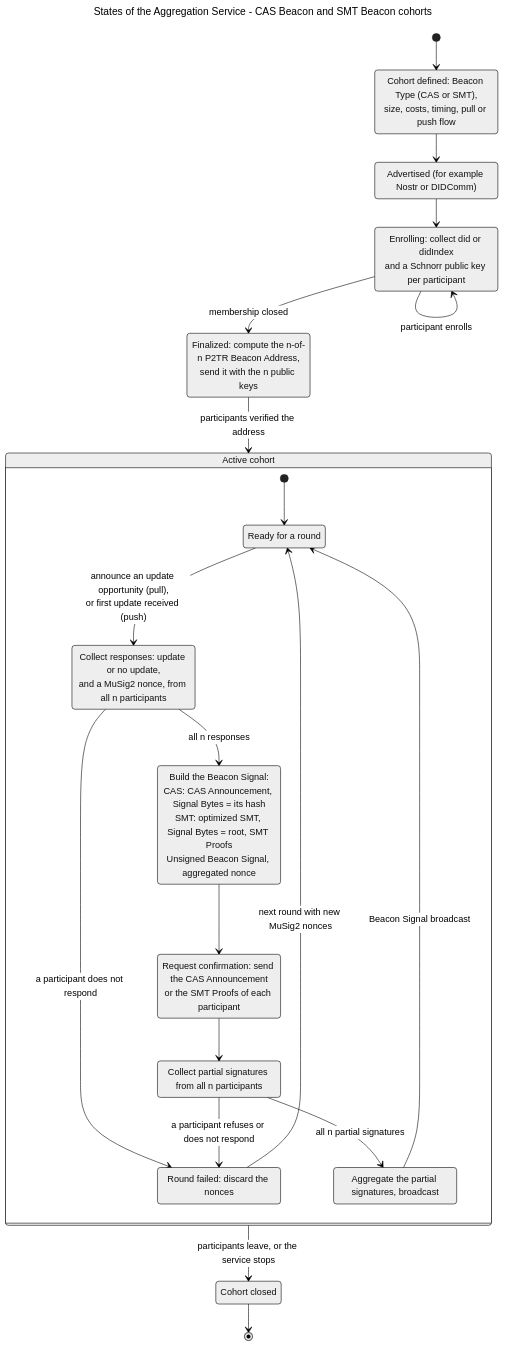
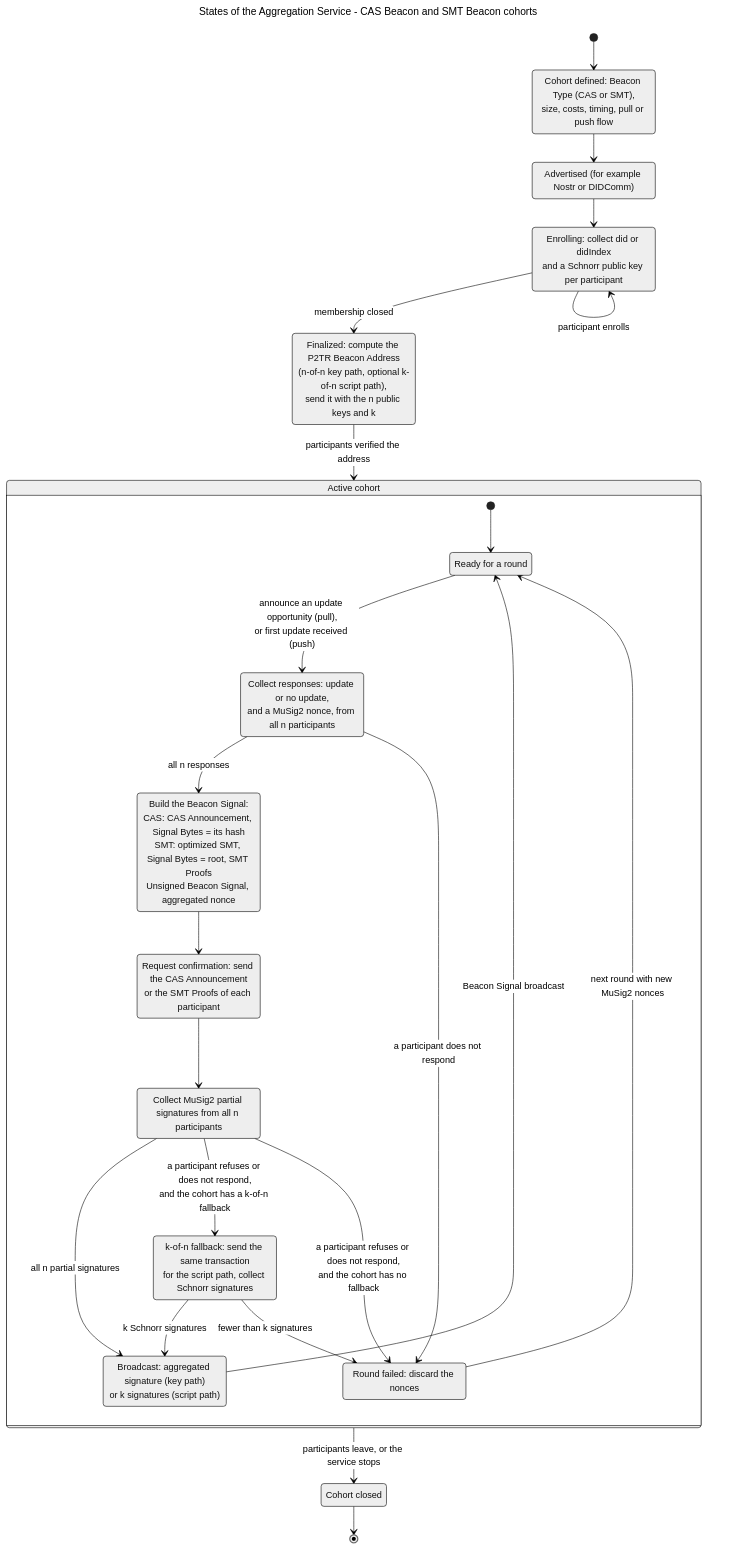
Before and after one commit to dcdpr/website-btcr2-dev: the diagram in public/diagrams/stuart-meets-satoshi/states-aggregation-service.mmd, drawn with Mermaid (neutral theme). The commit also changed 9 other files, not shown here.

First line of the commit message:
docs(diagrams): show a k-of-n fallback next to n-of-n signatures

```diff
--- a/public/diagrams/stuart-meets-satoshi/states-aggregation-service.mmd
+++ b/public/diagrams/stuart-meets-satoshi/states-aggregation-service.mmd
@@ -1,43 +1,48 @@
 ---
 title: States of the Aggregation Service - CAS Beacon and SMT Beacon cohorts
 ---
 
 %% One state machine for the Aggregation Service.
-%% It follows the RECOMMENDED MuSig2 example of the specification.
+%% It follows the RECOMMENDED MuSig2 example of the specification (n-of-n),
+%% with an optional k-of-n fallback.
 %% The service sees hashes only. It never needs a DID document or a BTCR2 Update.
 
 stateDiagram-v2
     state "Cohort defined: Beacon Type (CAS or SMT),<br/>size, costs, timing, pull or push flow" as Defined
     state "Advertised (for example Nostr or DIDComm)" as Advertised
     state "Enrolling: collect did or didIndex<br/>and a Schnorr public key per participant" as Enrolling
-    state "Finalized: compute the n-of-n P2TR Beacon Address,<br/>send it with the n public keys" as Finalized
+    state "Finalized: compute the P2TR Beacon Address<br/>(n-of-n key path, optional k-of-n script path),<br/>send it with the n public keys and k" as Finalized
     state "Active cohort" as Active {
         state "Ready for a round" as Ready
         state "Collect responses: update or no update,<br/>and a MuSig2 nonce, from all n participants" as Collect
         state "Build the Beacon Signal:<br/>CAS: CAS Announcement, Signal Bytes = its hash<br/>SMT: optimized SMT, Signal Bytes = root, SMT Proofs<br/>Unsigned Beacon Signal, aggregated nonce" as Build
         state "Request confirmation: send the CAS Announcement<br/>or the SMT Proofs of each participant" as Request
-        state "Collect partial signatures from all n participants" as Sign
-        state "Aggregate the partial signatures, broadcast" as Broadcast
+        state "Collect MuSig2 partial signatures from all n participants" as Sign
+        state "k-of-n fallback: send the same transaction<br/>for the script path, collect Schnorr signatures" as Fallback
+        state "Broadcast: aggregated signature (key path)<br/>or k signatures (script path)" as Broadcast
         state "Round failed: discard the nonces" as Failed
 
         [*] --> Ready
         Ready --> Collect: announce an update opportunity (pull),<br/>or first update received (push)
         Collect --> Build: all n responses
         Collect --> Failed: a participant does not respond
         Build --> Request
         Request --> Sign
         Sign --> Broadcast: all n partial signatures
-        Sign --> Failed: a participant refuses or does not respond
+        Sign --> Fallback: a participant refuses or does not respond,<br/>and the cohort has a k-of-n fallback
+        Sign --> Failed: a participant refuses or does not respond,<br/>and the cohort has no fallback
+        Fallback --> Broadcast: k Schnorr signatures
+        Fallback --> Failed: fewer than k signatures
         Broadcast --> Ready: Beacon Signal broadcast
         Failed --> Ready: next round with new MuSig2 nonces
     }
     state "Cohort closed" as Closed
 
     [*] --> Defined
     Defined --> Advertised
     Advertised --> Enrolling
     Enrolling --> Enrolling: participant enrolls
     Enrolling --> Finalized: membership closed
     Finalized --> Active: participants verified the address
     Active --> Closed: participants leave, or the service stops
     Closed --> [*]
```
